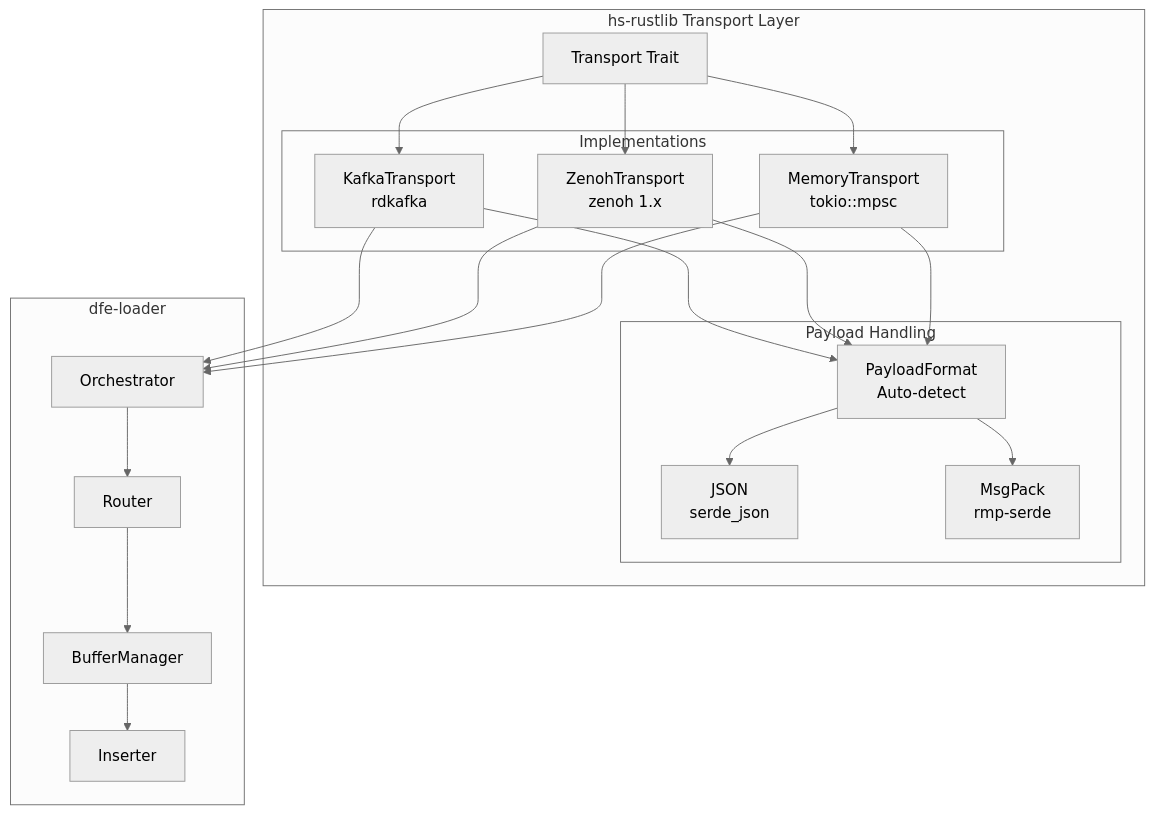
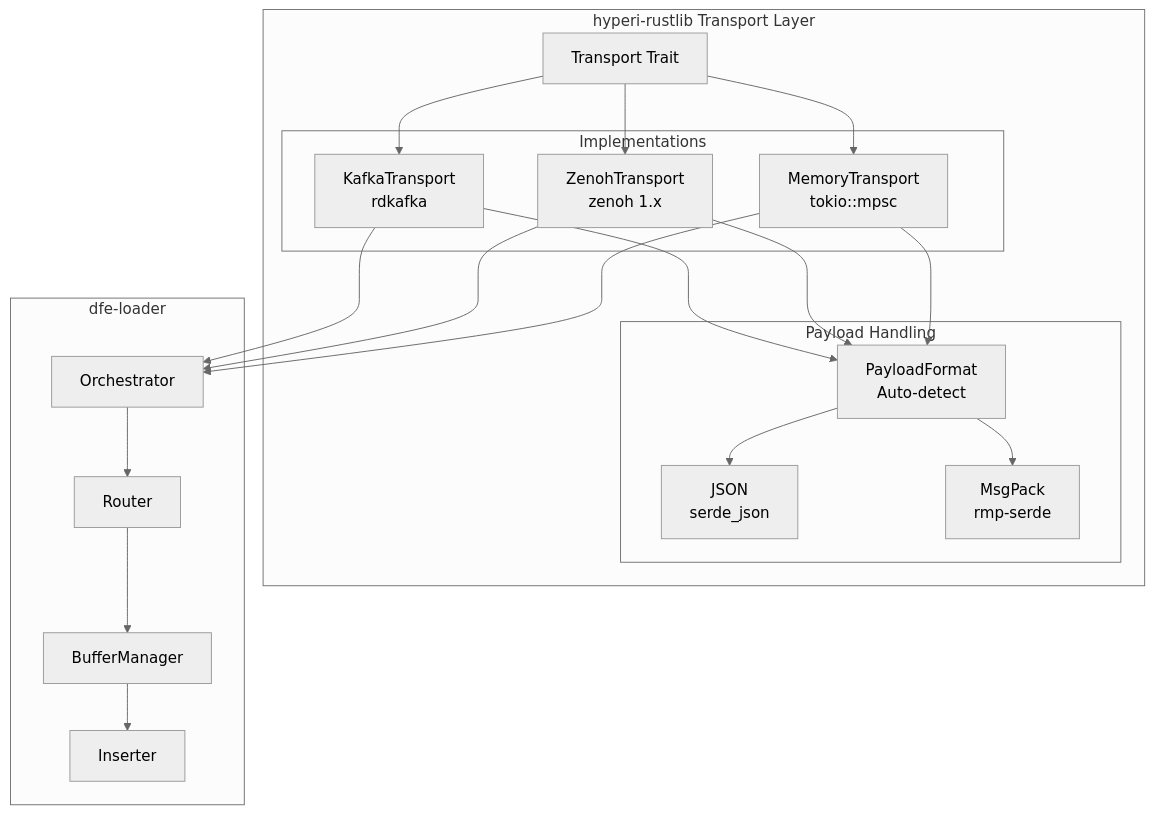
The diagram in DESIGN.md (hyperi-io/dfe-loader), drawn with Mermaid (neutral theme) before and after one commit. The commit also changed other lines of this file and 32 other files, not shown here.

````diff
--- a/DESIGN.md
+++ b/DESIGN.md
@@ -597,43 +597,43 @@
 ```mermaid
 graph TB
-    subgraph "hs-rustlib Transport Layer"
+    subgraph "hyperi-rustlib Transport Layer"
         T[Transport Trait]
 
         subgraph "Implementations"
             K[KafkaTransport<br/>rdkafka]
             Z[ZenohTransport<br/>zenoh 1.x]
             M[MemoryTransport<br/>tokio::mpsc]
         end
 
         subgraph "Payload Handling"
             P[PayloadFormat<br/>Auto-detect]
             J[JSON<br/>serde_json]
             MP[MsgPack<br/>rmp-serde]
         end
 
         T --> K
         T --> Z
         T --> M
 
         K --> P
         Z --> P
         M --> P
 
         P --> J
         P --> MP
     end
 
     subgraph "dfe-loader"
         O[Orchestrator]
         R[Router]
         B[BufferManager]
         I[Inserter]
     end
 
     K --> O
     Z --> O
     M --> O
     O --> R
     R --> B
     B --> I
 ```
````
